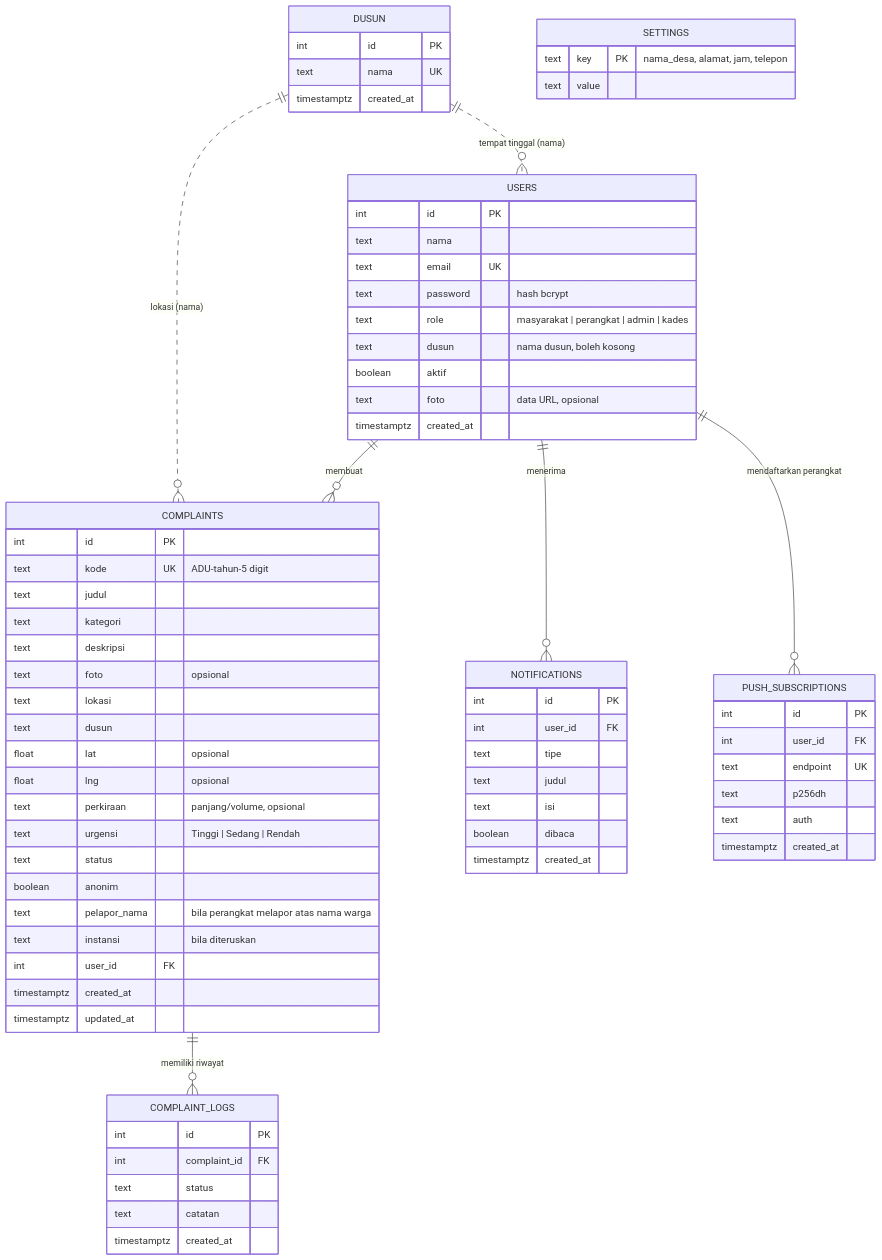
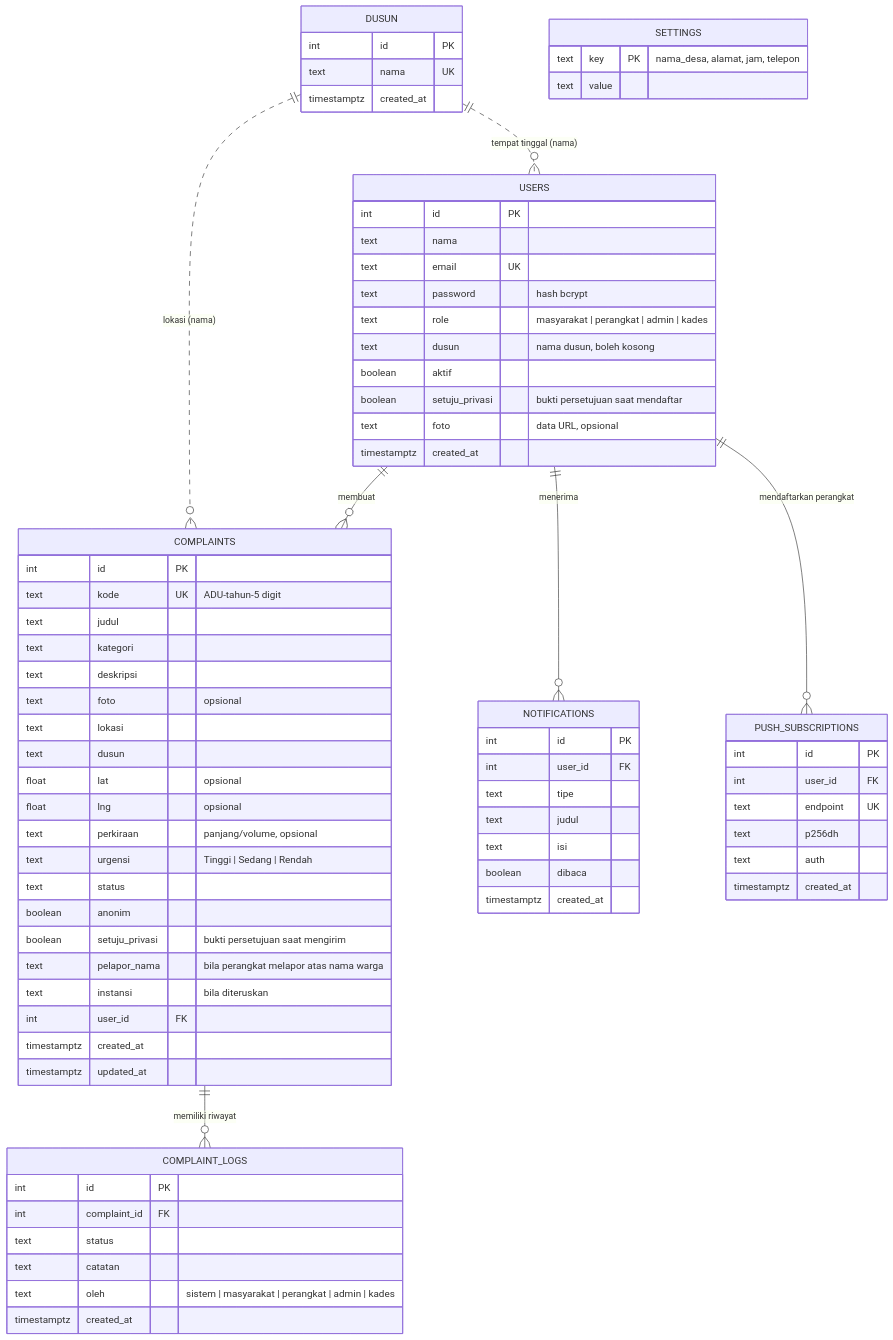
One commit to annamaulina654/infra-care changed the diagram in docs/ERD.md. Above: the diagram before and after it, drawn with Mermaid. The commit also changed other lines of this file and 19 other files, not shown here.

````diff
--- a/docs/ERD.md
+++ b/docs/ERD.md
@@ -5,75 +5,78 @@
 ```mermaid
 erDiagram
     USERS ||--o{ COMPLAINTS : "membuat"
     USERS ||--o{ NOTIFICATIONS : "menerima"
     USERS ||--o{ PUSH_SUBSCRIPTIONS : "mendaftarkan perangkat"
     COMPLAINTS ||--o{ COMPLAINT_LOGS : "memiliki riwayat"
     DUSUN ||..o{ USERS : "tempat tinggal (nama)"
     DUSUN ||..o{ COMPLAINTS : "lokasi (nama)"
 
     USERS {
         int id PK
         text nama
         text email UK
         text password "hash bcrypt"
         text role "masyarakat | perangkat | admin | kades"
         text dusun "nama dusun, boleh kosong"
         boolean aktif
+        boolean setuju_privasi "bukti persetujuan saat mendaftar"
         text foto "data URL, opsional"
         timestamptz created_at
     }
     DUSUN {
         int id PK
         text nama UK
         timestamptz created_at
     }
     SETTINGS {
         text key PK "nama_desa, alamat, jam, telepon"
         text value
     }
     COMPLAINTS {
         int id PK
         text kode UK "ADU-tahun-5 digit"
         text judul
         text kategori
         text deskripsi
         text foto "opsional"
         text lokasi
         text dusun
         float lat "opsional"
         float lng "opsional"
         text perkiraan "panjang/volume, opsional"
         text urgensi "Tinggi | Sedang | Rendah"
         text status
         boolean anonim
+        boolean setuju_privasi "bukti persetujuan saat mengirim"
         text pelapor_nama "bila perangkat melapor atas nama warga"
         text instansi "bila diteruskan"
         int user_id FK
         timestamptz created_at
         timestamptz updated_at
     }
     COMPLAINT_LOGS {
         int id PK
         int complaint_id FK
         text status
         text catatan
+        text oleh "sistem | masyarakat | perangkat | admin | kades"
         timestamptz created_at
     }
     NOTIFICATIONS {
         int id PK
         int user_id FK
         text tipe
         text judul
         text isi
         boolean dibaca
         timestamptz created_at
     }
     PUSH_SUBSCRIPTIONS {
         int id PK
         int user_id FK
         text endpoint UK
         text p256dh
         text auth
         timestamptz created_at
     }
 ```
````
